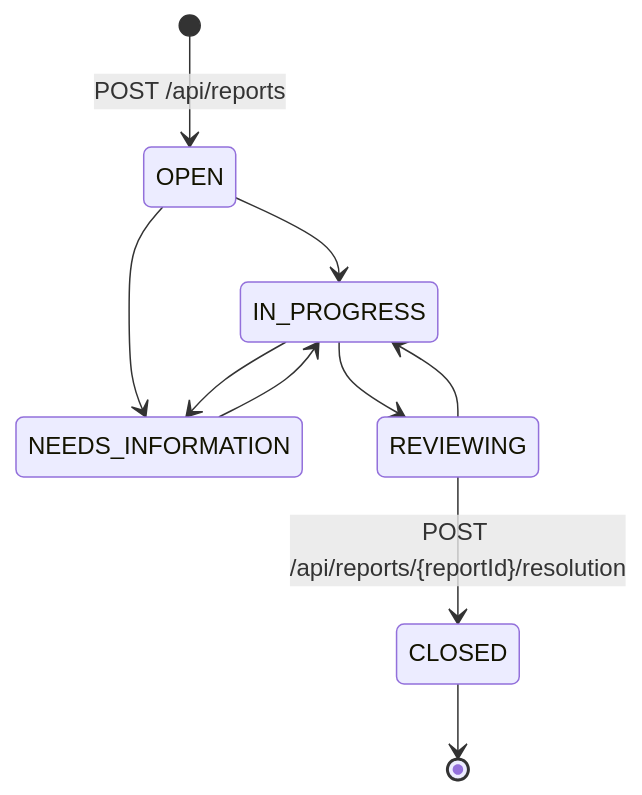
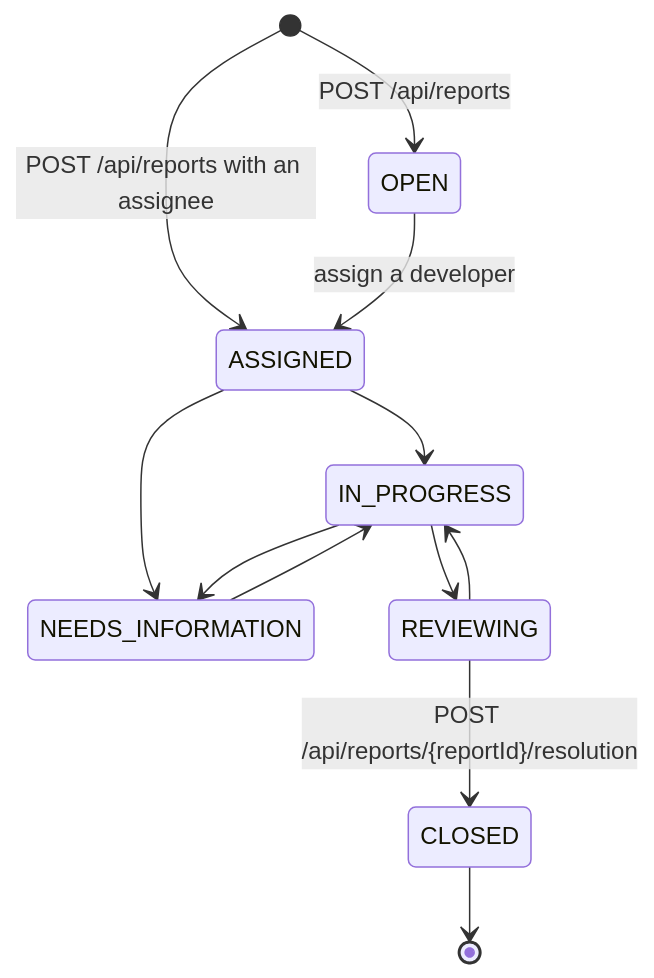
The first of 6 diagrams in README.md (ramys2/bug-report-system), drawn with Mermaid before and after one commit. The commit also changed other lines of this file and 11 other files, not shown here.

First line of the commit message:
feat: set ASSIGNED when a developer is assigned and notify on create

````diff
--- a/README.md
+++ b/README.md
@@ -54,12 +56,14 @@
 ```mermaid
 stateDiagram-v2
     [*] --> OPEN : POST /api/reports
-    OPEN --> IN_PROGRESS
-    OPEN --> NEEDS_INFORMATION
+    [*] --> ASSIGNED : POST /api/reports with an assignee
+    OPEN --> ASSIGNED : assign a developer
+    ASSIGNED --> IN_PROGRESS
+    ASSIGNED --> NEEDS_INFORMATION
     IN_PROGRESS --> NEEDS_INFORMATION
     NEEDS_INFORMATION --> IN_PROGRESS
     IN_PROGRESS --> REVIEWING
     REVIEWING --> IN_PROGRESS
     REVIEWING --> CLOSED : POST /api/reports/{reportId}/resolution
     CLOSED --> [*]
 ```
````
